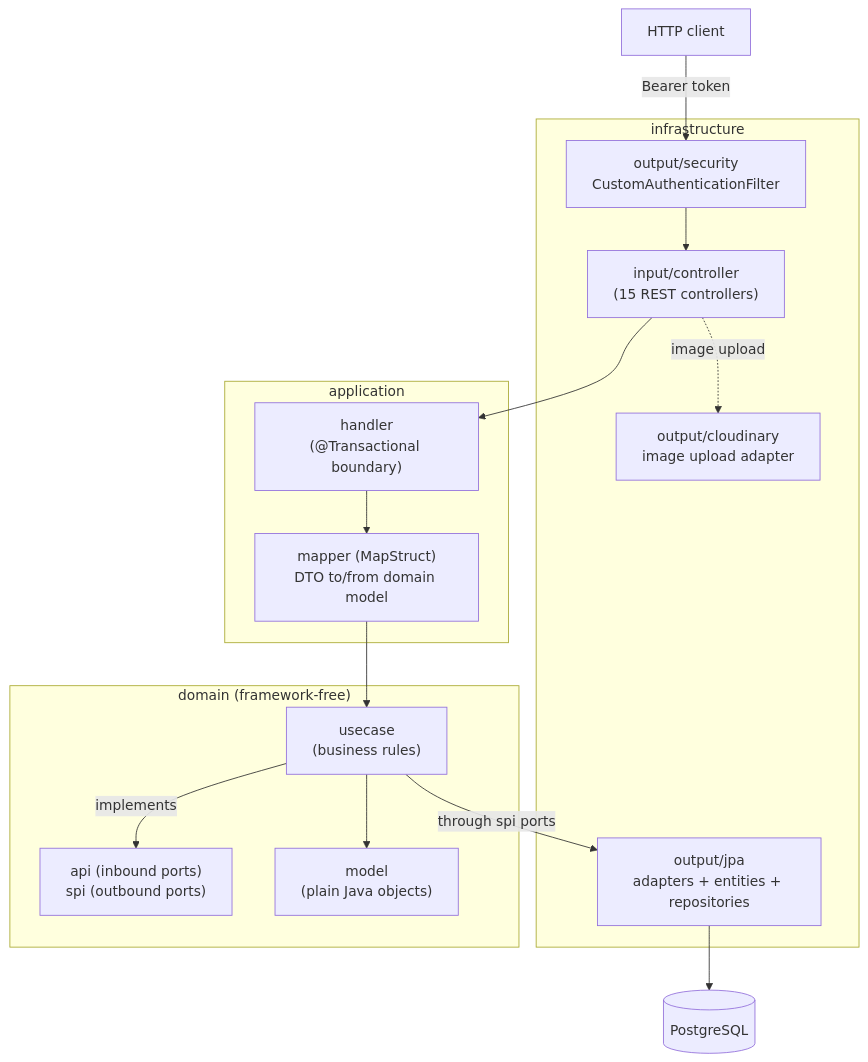
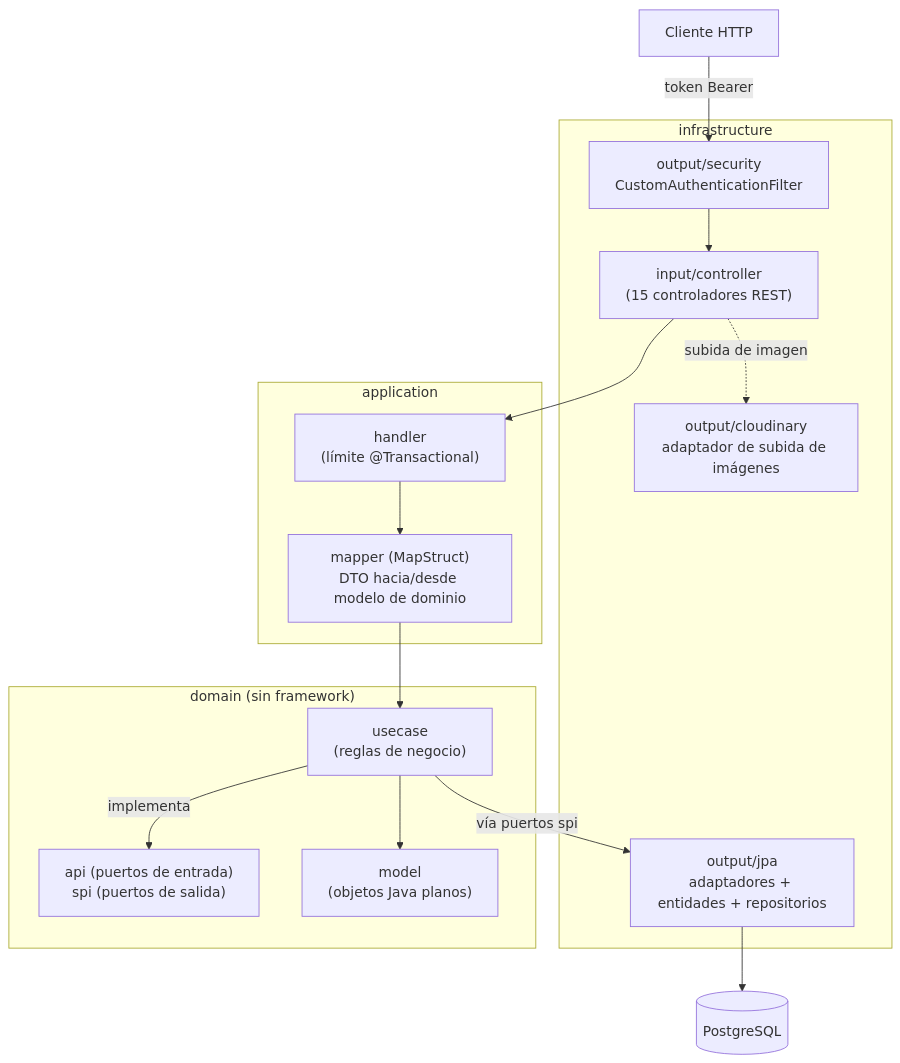
Before and after one commit to Jhonmario8/NegoCore-Backend: the diagram in README.md, drawn with Mermaid. The commit also changed other lines of this file, not shown here.

````diff
--- a/README.md
+++ b/README.md
@@ -40,31 +41,31 @@
 ```mermaid
 flowchart TB
-    Client["HTTP client"]
+    Client["Cliente HTTP"]
 
     subgraph Infra["infrastructure"]
-        Controller["input/controller<br/>(15 REST controllers)"]
+        Controller["input/controller<br/>(15 controladores REST)"]
         JwtFilter["output/security<br/>CustomAuthenticationFilter"]
-        JpaAdapter["output/jpa<br/>adapters + entities + repositories"]
-        Cloudinary["output/cloudinary<br/>image upload adapter"]
+        JpaAdapter["output/jpa<br/>adaptadores + entidades + repositorios"]
+        Cloudinary["output/cloudinary<br/>adaptador de subida de imágenes"]
     end
 
     subgraph App["application"]
-        Handler["handler<br/>(@Transactional boundary)"]
-        Mapper["mapper (MapStruct)<br/>DTO to/from domain model"]
+        Handler["handler<br/>(límite @Transactional)"]
+        Mapper["mapper (MapStruct)<br/>DTO hacia/desde modelo de dominio"]
     end
 
-    subgraph Domain["domain (framework-free)"]
-        UseCase["usecase<br/>(business rules)"]
-        Ports["api (inbound ports)<br/>spi (outbound ports)"]
-        Model["model<br/>(plain Java objects)"]
+    subgraph Domain["domain (sin framework)"]
+        UseCase["usecase<br/>(reglas de negocio)"]
+        Ports["api (puertos de entrada)<br/>spi (puertos de salida)"]
+        Model["model<br/>(objetos Java planos)"]
     end
 
     DB[(PostgreSQL)]
 
-    Client -->|Bearer token| JwtFilter --> Controller
+    Client -->|token Bearer| JwtFilter --> Controller
     Controller --> Handler --> Mapper --> UseCase
-    UseCase -->|implements| Ports
+    UseCase -->|implementa| Ports
     UseCase --> Model
-    UseCase -->|through spi ports| JpaAdapter --> DB
-    Controller -.image upload.-> Cloudinary
+    UseCase -->|vía puertos spi| JpaAdapter --> DB
+    Controller -.subida de imagen.-> Cloudinary
 ```
````
